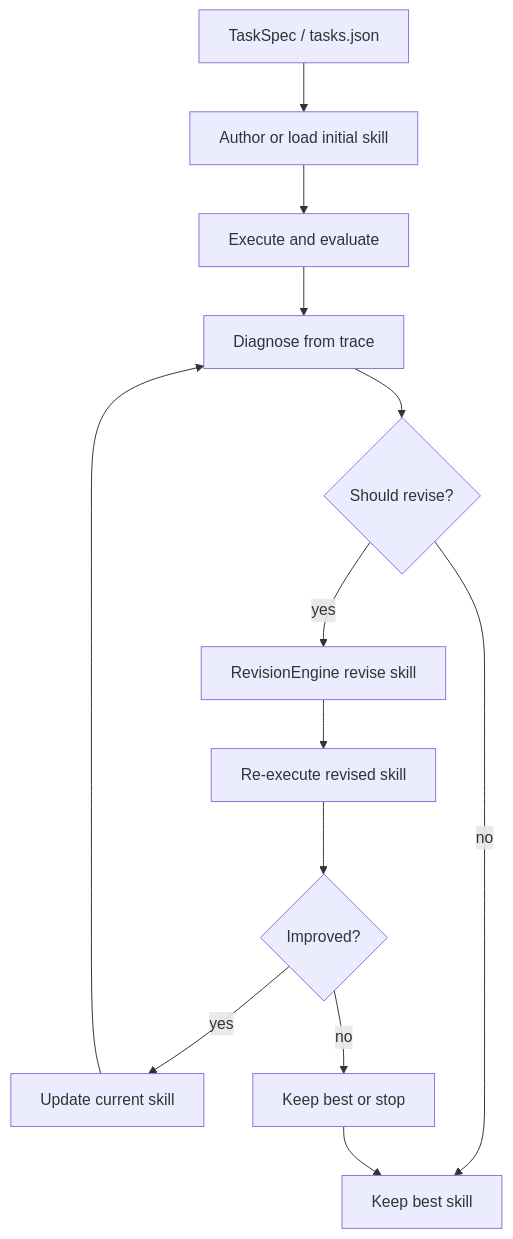
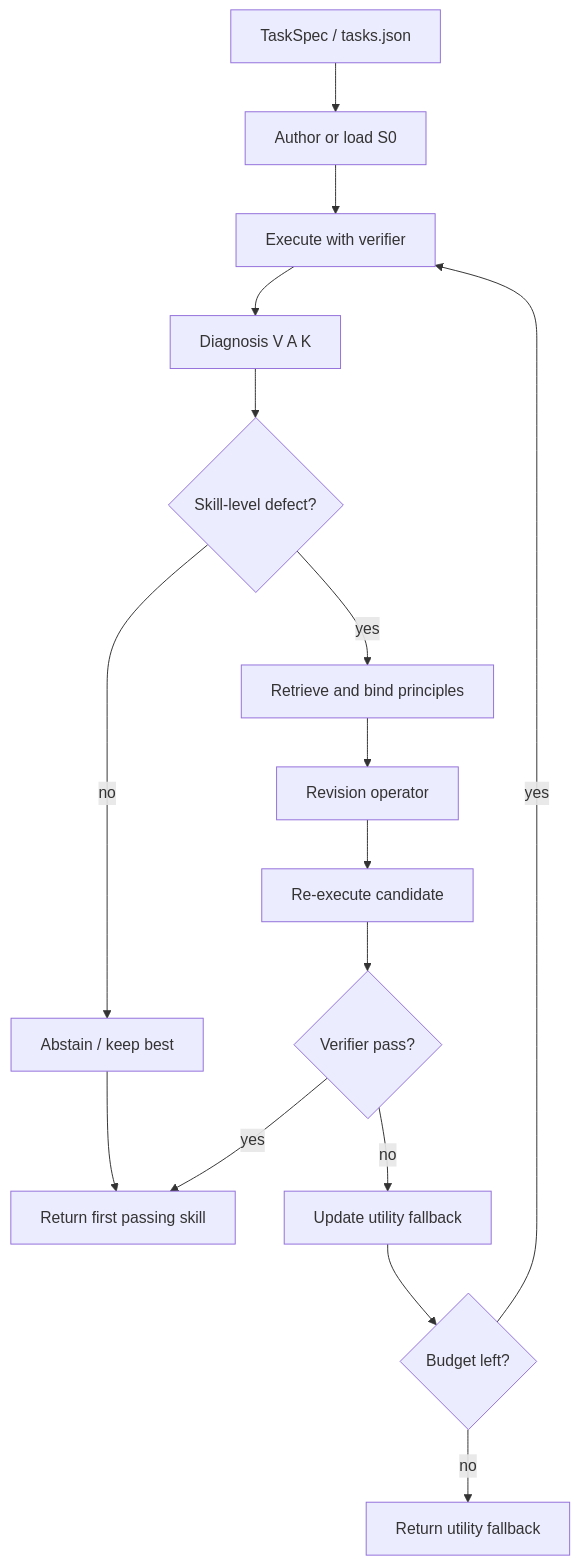
The diagram in docs/skillrevise/PAPER.md (zealgoswami-lab/skillreducer), drawn with Mermaid before and after one commit. The commit also changed other lines of this file and 17 other files, not shown here.

First line of the commit message:
Expand per-paper docs with usage and full-flow overviews.

````diff
--- a/docs/skillrevise/PAPER.md
+++ b/docs/skillrevise/PAPER.md
@@ -39,15 +297,18 @@
 ```mermaid
 flowchart TD
-    Task[TaskSpec / tasks.json] --> Author[Author or load initial skill]
-    Author --> Eval1[Execute and evaluate]
-    Eval1 --> Diagnose[Diagnose from trace]
-    Diagnose --> Decide{Should revise?}
-    Decide -->|no| Done[Keep best skill]
-    Decide -->|yes| Revise[RevisionEngine revise skill]
-    Revise --> Eval2[Re-execute revised skill]
-    Eval2 --> Better{Improved?}
-    Better -->|yes| Update[Update current skill]
-    Better -->|no| KeepOrStop[Keep best or stop]
-    Update --> Diagnose
-    KeepOrStop --> Done
+    T[TaskSpec / tasks.json] --> Auth[Author or load S0]
+    Auth --> Ex1[Execute with verifier]
+    Ex1 --> Diag[Diagnosis V A K]
+    Diag --> Gate{Skill-level defect?}
+    Gate -->|no| Keep[Abstain / keep best]
+    Gate -->|yes| Ret[Retrieve and bind principles]
+    Ret --> Rev[Revision operator]
+    Rev --> Ex2[Re-execute candidate]
+    Ex2 --> Pass{Verifier pass?}
+    Pass -->|yes| Done[Return first passing skill]
+    Pass -->|no| Util[Update utility fallback]
+    Util --> Bud{Budget left?}
+    Bud -->|yes| Ex1
+    Bud -->|no| FB[Return utility fallback]
+    Keep --> Done
 ```
````
